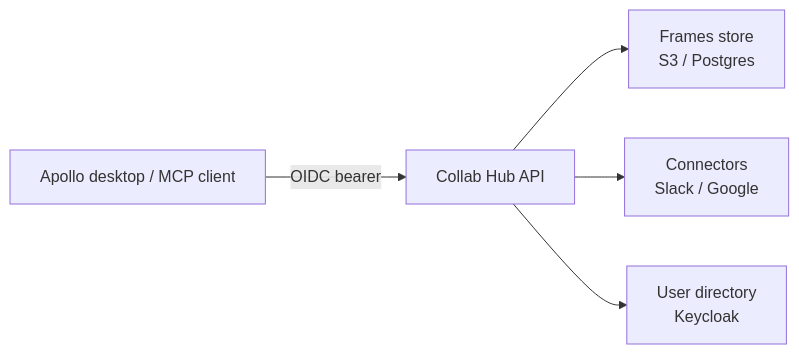
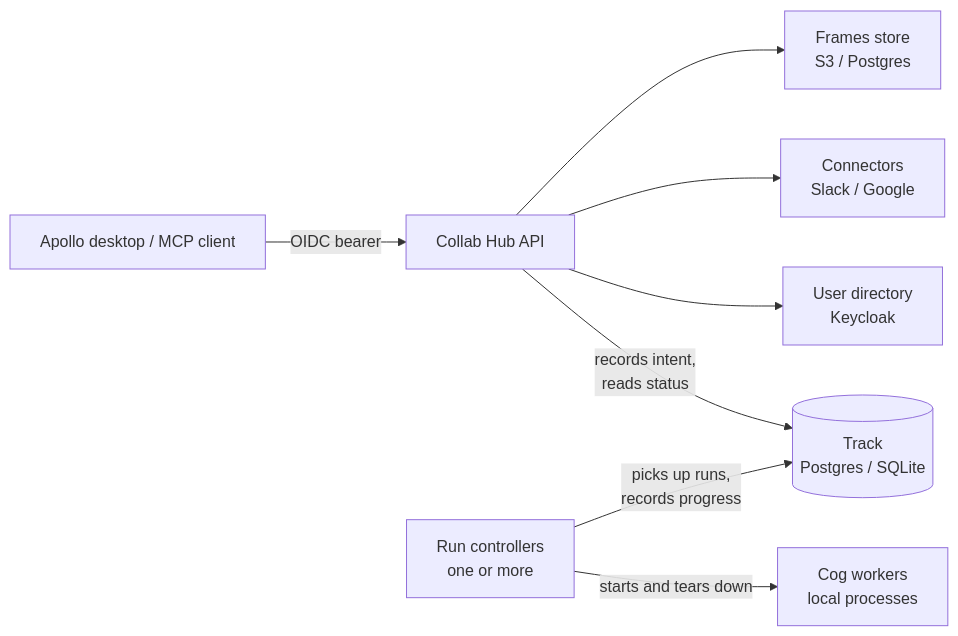
The diagram in README.md (CAM-Gerlach/collab-hub-pack), drawn with Mermaid before and after one commit. The commit also changed other lines of this file and 42 other files, not shown here.

````diff
--- a/README.md
+++ b/README.md
@@ -64,7 +64,10 @@
 ```mermaid
 flowchart LR
   client[Apollo desktop / MCP client] -->|OIDC bearer| api[Collab Hub API]
   api --> frames[Frames store<br/>S3 / Postgres]
   api --> conn[Connectors<br/>Slack / Google]
   api --> dir[User directory<br/>Keycloak]
+  api -->|records intent,<br/>reads status| track[(Track<br/>Postgres / SQLite)]
+  controller[Run controllers<br/>one or more] -->|picks up runs,<br/>records progress| track
+  controller -->|starts and tears down| workers[Cog workers<br/>local processes]
 ```
````
